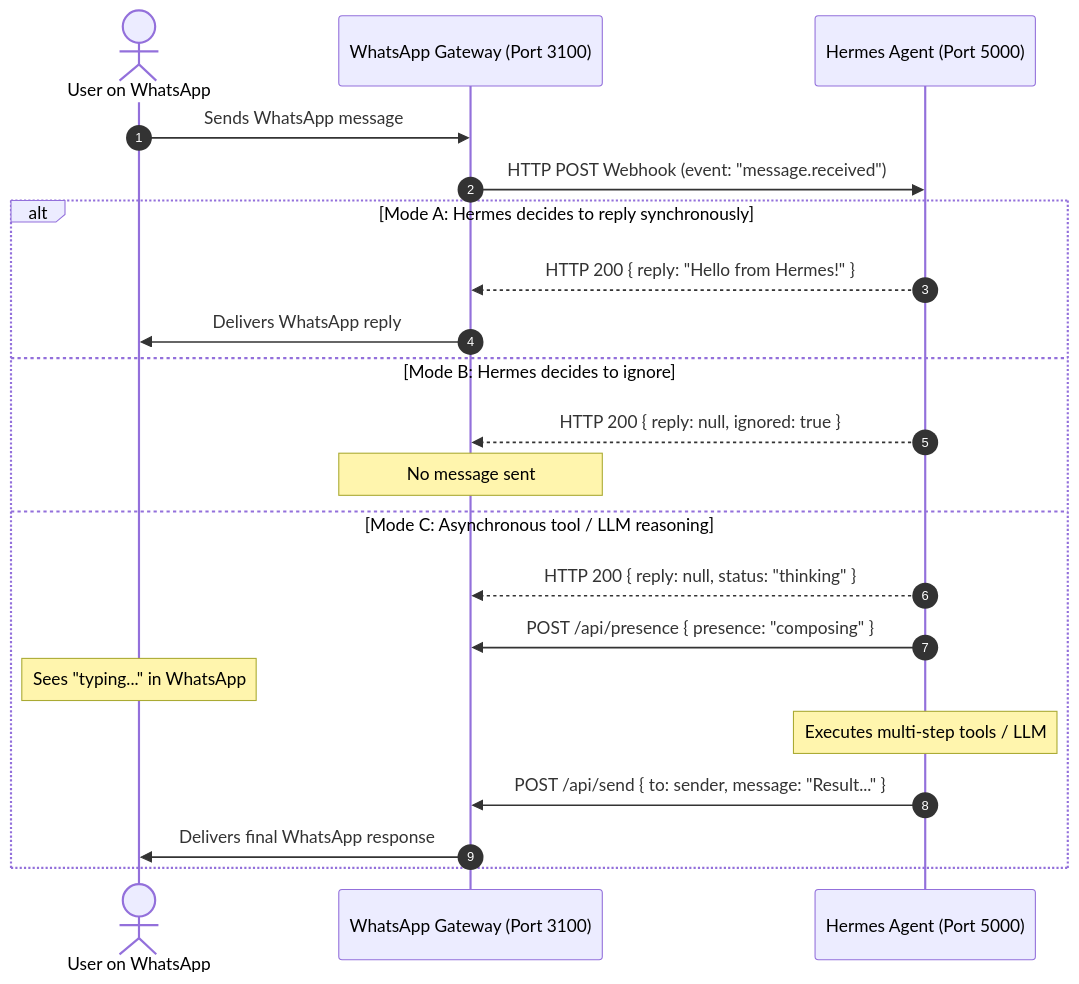
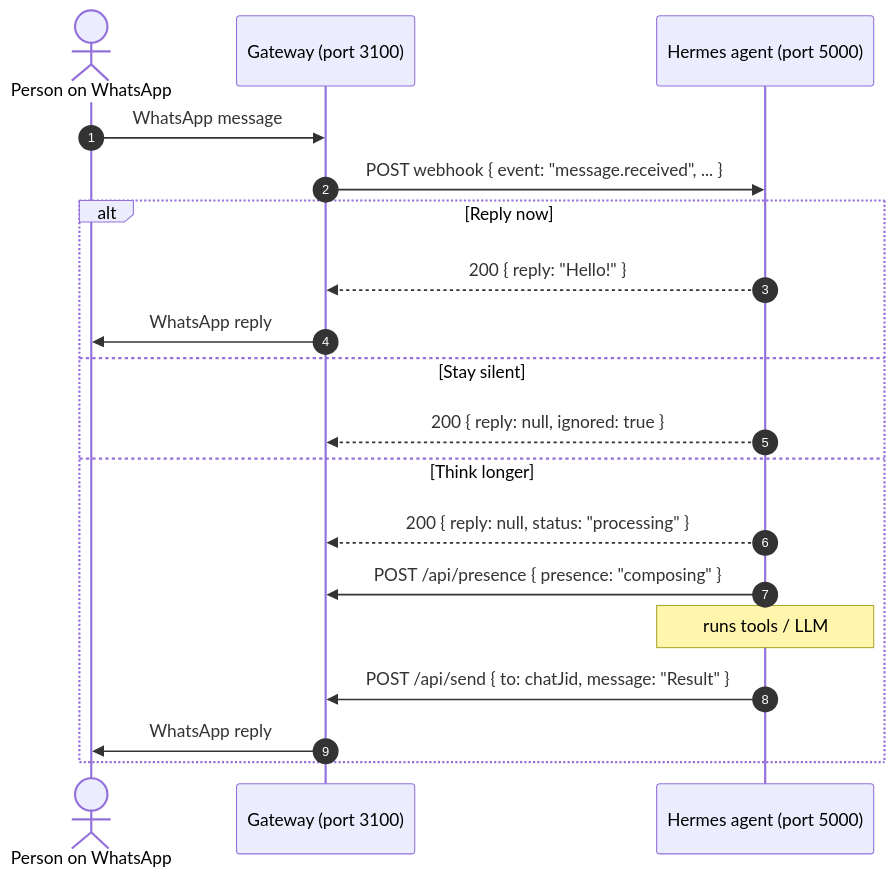
One commit to abbyabby3366/whatsapp-agent-hermes changed the diagram in HERMES_INTEGRATION_GUIDE.md. Above: the diagram before and after it, drawn with Mermaid. The commit also changed other lines of this file and 14 other files, not shown here.

````diff
--- a/HERMES_INTEGRATION_GUIDE.md
+++ b/HERMES_INTEGRATION_GUIDE.md
@@ -11,24 +9,22 @@
 ```mermaid
 sequenceDiagram
     autonumber
-    actor Customer as User on WhatsApp
-    participant GW as WhatsApp Gateway (Port 3100)
-    participant Hermes as Hermes Agent (Port 5000)
+    actor Customer as Person on WhatsApp
+    participant GW as Gateway (port 3100)
+    participant Hermes as Hermes agent (port 5000)
 
-    Customer->>GW: Sends WhatsApp message
-    GW->>Hermes: HTTP POST Webhook (event: "message.received")
-    alt Mode A: Hermes decides to reply synchronously
-        Hermes-->>GW: HTTP 200 { reply: "Hello from Hermes!" }
-        GW->>Customer: Delivers WhatsApp reply
-    else Mode B: Hermes decides to ignore
-        Hermes-->>GW: HTTP 200 { reply: null, ignored: true }
-        Note over GW: No message sent
-    else Mode C: Asynchronous tool / LLM reasoning
-        Hermes-->>GW: HTTP 200 { reply: null, status: "thinking" }
+    Customer->>GW: WhatsApp message
+    GW->>Hermes: POST webhook { event: "message.received", ... }
+    alt Reply now
+        Hermes-->>GW: 200 { reply: "Hello!" }
+        GW->>Customer: WhatsApp reply
+    else Stay silent
+        Hermes-->>GW: 200 { reply: null, ignored: true }
+    else Think longer
+        Hermes-->>GW: 200 { reply: null, status: "processing" }
         Hermes->>GW: POST /api/presence { presence: "composing" }
-        Note over Customer: Sees "typing..." in WhatsApp
-        Note over Hermes: Executes multi-step tools / LLM
-        Hermes->>GW: POST /api/send { to: sender, message: "Result..." }
-        GW->>Customer: Delivers final WhatsApp response
+        Note over Hermes: runs tools / LLM
+        Hermes->>GW: POST /api/send { to: chatJid, message: "Result" }
+        GW->>Customer: WhatsApp reply
     end
 ```
````
